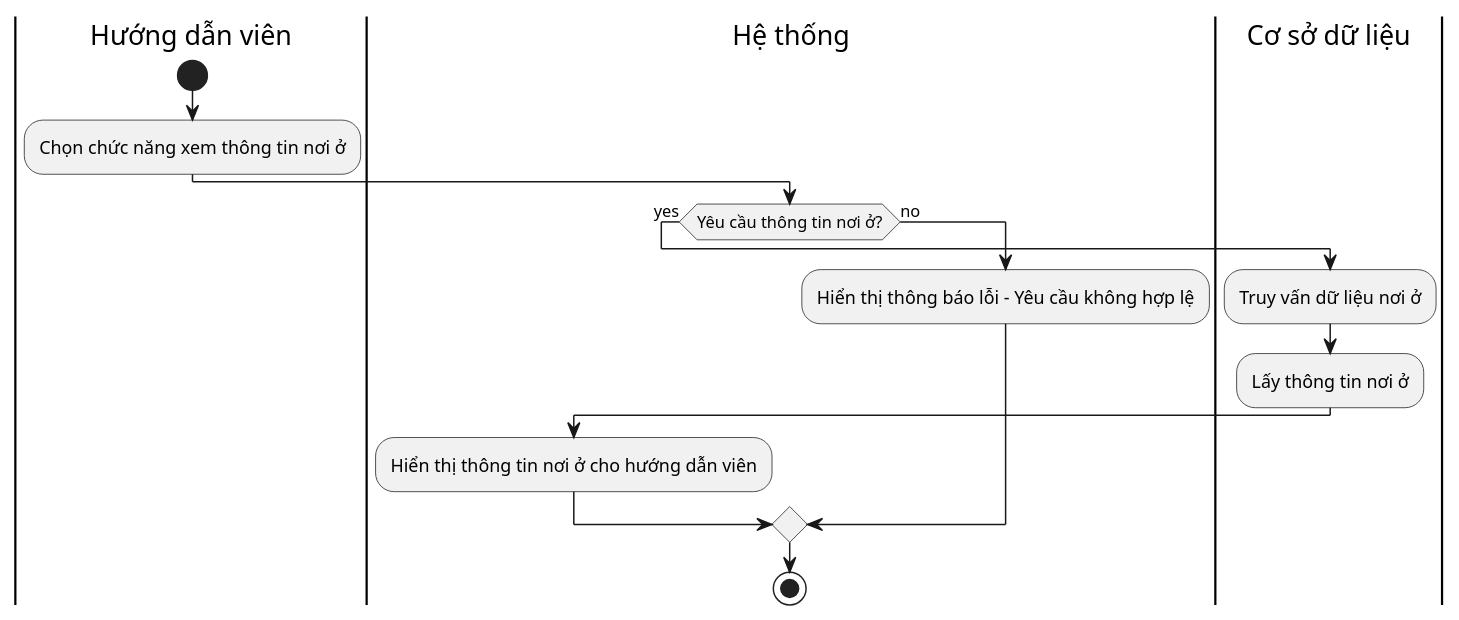
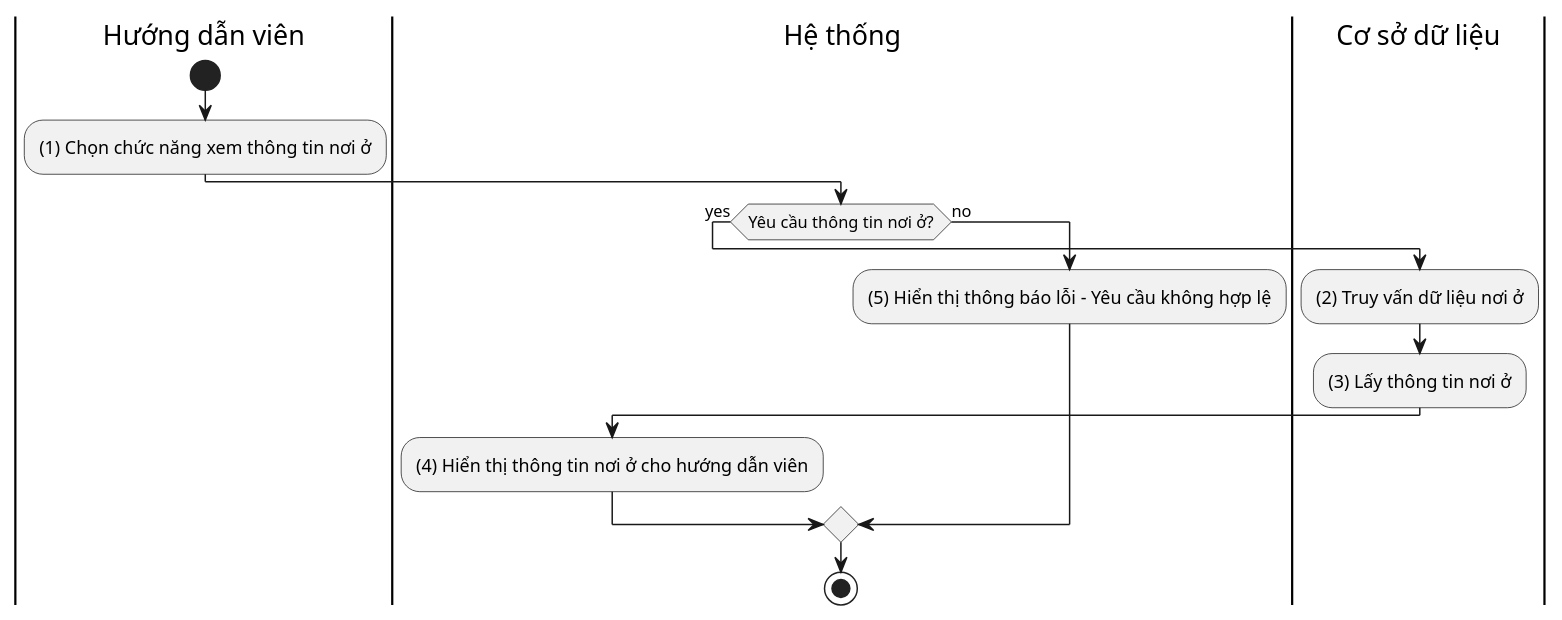
One commit to Khoitran0205/SE357-Pratice-class changed the diagram in lab1.2/activity_diagrams/provideAccommodationInfo.plantuml. Above: the diagram before and after it, drawn with PlantUML. The commit also changed 10 other files, not shown here.

```diff
--- a/lab1.2/activity_diagrams/provideAccommodationInfo.plantuml
+++ b/lab1.2/activity_diagrams/provideAccommodationInfo.plantuml
@@ -1,19 +1,19 @@
 @startuml provideAccommodationInfo_activity_diagram
 
 |Hướng dẫn viên|
 start
-:Chọn chức năng xem thông tin nơi ở;
+:(1) Chọn chức năng xem thông tin nơi ở;
 
 |Hệ thống|
 if (Yêu cầu thông tin nơi ở?) then (yes)
     |Cơ sở dữ liệu|
-    :Truy vấn dữ liệu nơi ở;
-    :Lấy thông tin nơi ở;
+    :(2) Truy vấn dữ liệu nơi ở;
+    :(3) Lấy thông tin nơi ở;
     |Hệ thống|
-    :Hiển thị thông tin nơi ở cho hướng dẫn viên;
+    :(4) Hiển thị thông tin nơi ở cho hướng dẫn viên;
 else (no)
-    :Hiển thị thông báo lỗi - Yêu cầu không hợp lệ;
+    :(5) Hiển thị thông báo lỗi - Yêu cầu không hợp lệ;
 
 endif
 stop
 @enduml
```
